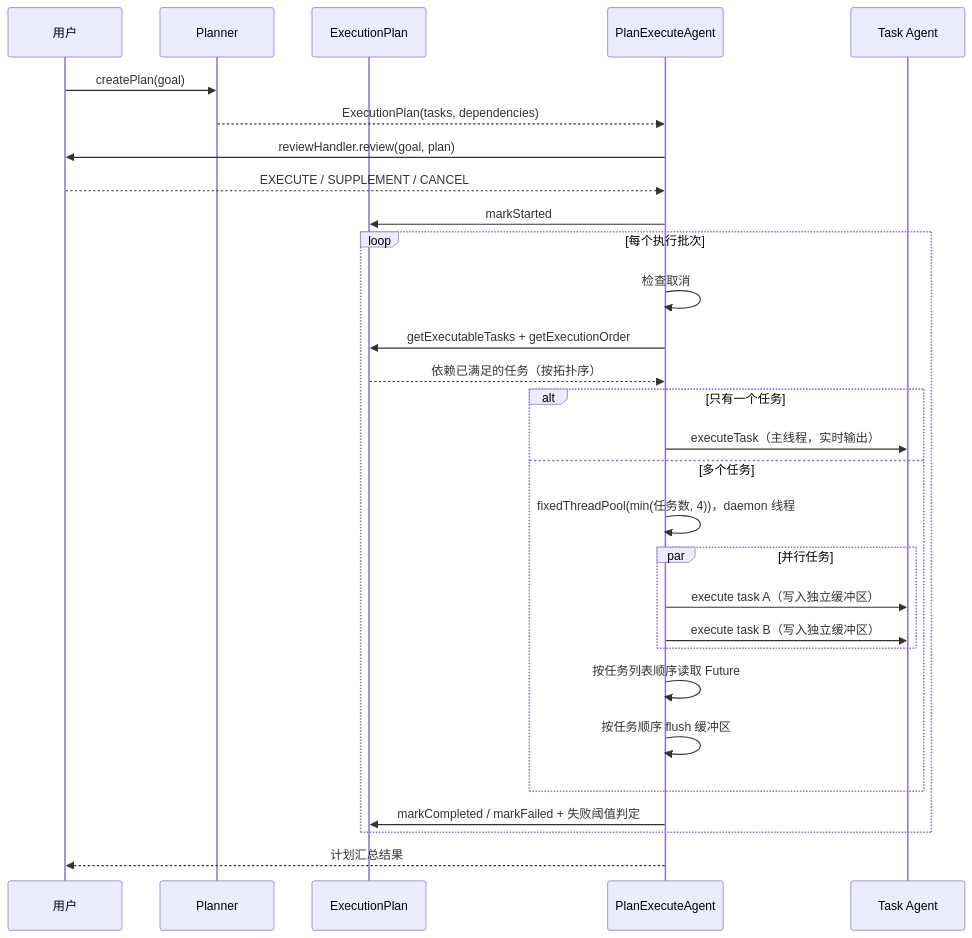
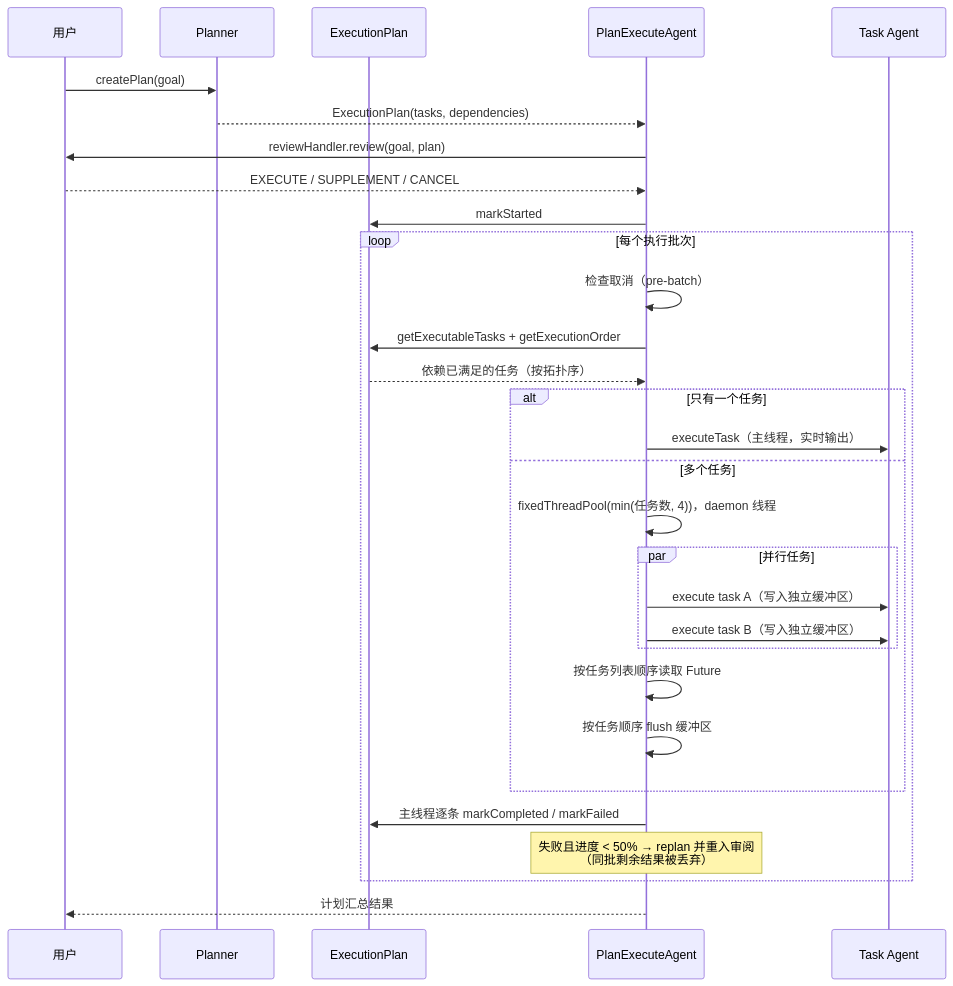
Before and after one commit to zgjdev/Code-Agent: the second of 3 diagrams in docs/dev/02-dag-orchestration.md, drawn with Mermaid. The commit also changed other lines of this file and 5 other files, not shown here.

````diff
--- a/docs/dev/02-dag-orchestration.md
+++ b/docs/dev/02-dag-orchestration.md
@@ -75,32 +85,33 @@
 ```mermaid
 sequenceDiagram
     participant User as 用户
     participant Planner as Planner
     participant Plan as ExecutionPlan
     participant Executor as PlanExecuteAgent
     participant Worker as Task Agent
 
     User->>Planner: createPlan(goal)
     Planner-->>Executor: ExecutionPlan(tasks, dependencies)
     Executor->>User: reviewHandler.review(goal, plan)
     User-->>Executor: EXECUTE / SUPPLEMENT / CANCEL
     Executor->>Plan: markStarted
     loop 每个执行批次
-        Executor->>Executor: 检查取消
+        Executor->>Executor: 检查取消（pre-batch）
         Executor->>Plan: getExecutableTasks + getExecutionOrder
         Plan-->>Executor: 依赖已满足的任务（按拓扑序）
         alt 只有一个任务
             Executor->>Worker: executeTask（主线程，实时输出）
         else 多个任务
             Executor->>Executor: fixedThreadPool(min(任务数, 4))，daemon 线程
             par 并行任务
                 Executor->>Worker: execute task A（写入独立缓冲区）
                 Executor->>Worker: execute task B（写入独立缓冲区）
             end
             Executor->>Executor: 按任务列表顺序读取 Future
             Executor->>Executor: 按任务顺序 flush 缓冲区
         end
-        Executor->>Plan: markCompleted / markFailed + 失败阈值判定
+        Executor->>Plan: 主线程逐条 markCompleted / markFailed
+        Note over Executor: 失败且进度 < 50% → replan 并重入审阅<br/>（同批剩余结果被丢弃）
     end
     Executor-->>User: 计划汇总结果
 ```
````
